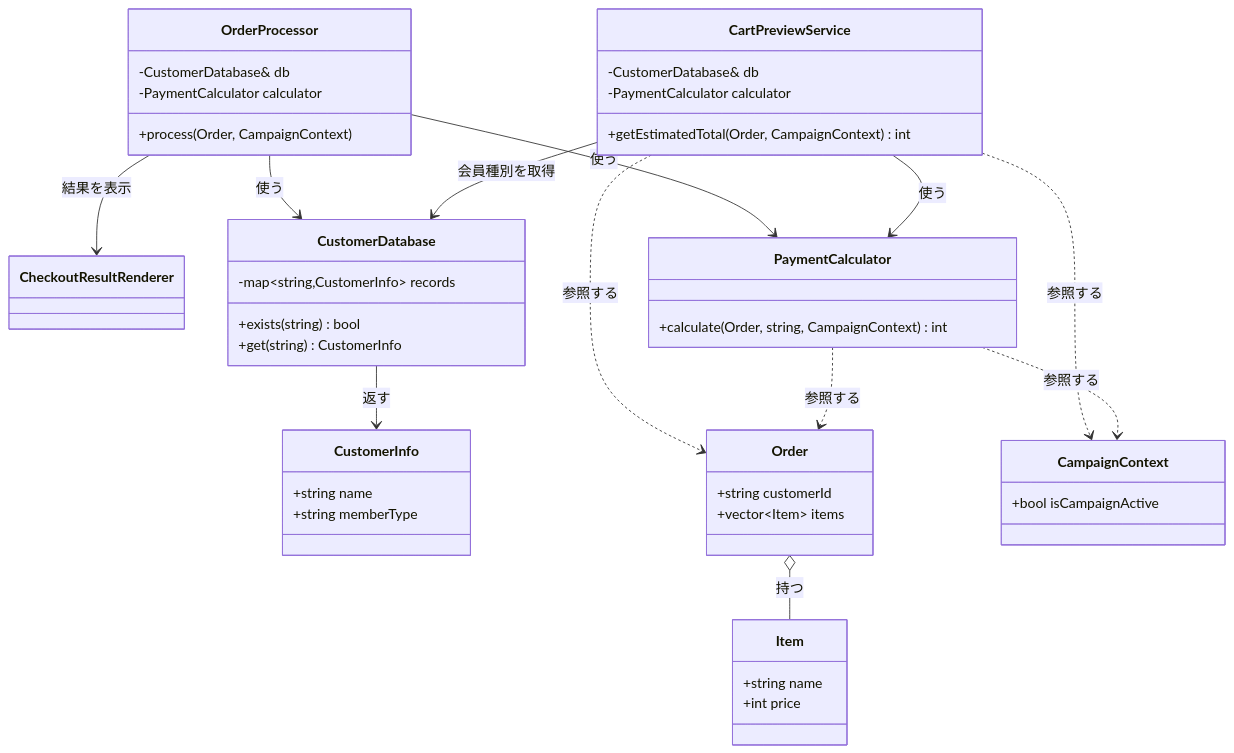
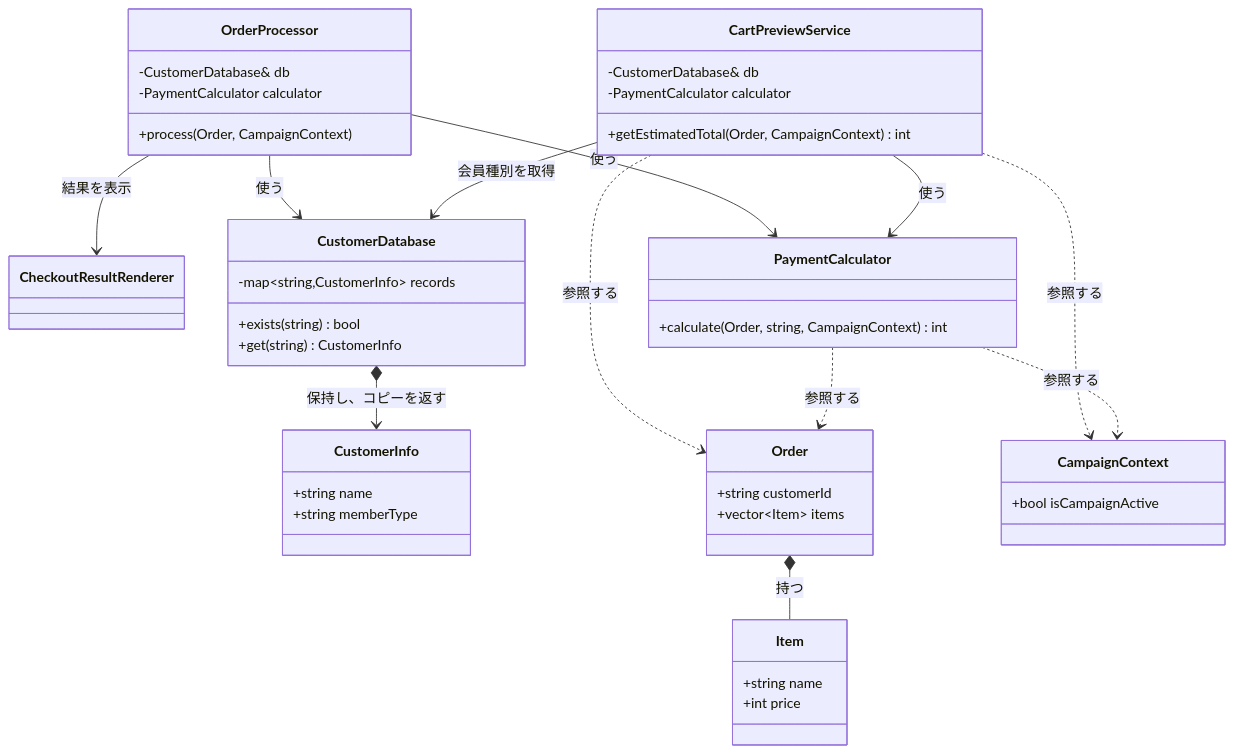
Before and after one commit to kumachan1101-pixel/DesignPattern: the third of 11 diagrams in kindle/design-patterns/books/volume01-core-patterns/output/chapter01.md, drawn with Mermaid. The commit also changed other lines of this file and 8 other files, not shown here.

````diff
--- a/kindle/design-patterns/books/volume01-core-patterns/output/chapter01.md
+++ b/kindle/design-patterns/books/volume01-core-patterns/output/chapter01.md
@@ -275,49 +275,49 @@
 ```mermaid
 classDiagram
     class CheckoutResultRenderer
     class CustomerDatabase {
         -map~string,CustomerInfo~ records
         +exists(string) bool
         +get(string) CustomerInfo
     }
     class CustomerInfo {
         +string name
         +string memberType
     }
     class OrderProcessor {
         -CustomerDatabase& db
         -PaymentCalculator calculator
         +process(Order, CampaignContext)
     }
     class PaymentCalculator {
         +calculate(Order, string, CampaignContext) int
     }
     class CartPreviewService {
         -CustomerDatabase& db
         -PaymentCalculator calculator
         +getEstimatedTotal(Order, CampaignContext) int
     }
     class Order {
         +string customerId
         +vector~Item~ items
     }
     class Item {
         +string name
         +int price
     }
     class CampaignContext {
         +bool isCampaignActive
     }
 
     OrderProcessor --> CustomerDatabase : 使う
     OrderProcessor --> PaymentCalculator : 使う
     OrderProcessor --> CheckoutResultRenderer : 結果を表示
-    CustomerDatabase --> CustomerInfo : 返す
+    CustomerDatabase *--> CustomerInfo : 保持し、コピーを返す
     CartPreviewService --> CustomerDatabase : 会員種別を取得
     CartPreviewService --> PaymentCalculator : 使う
     CartPreviewService ..> Order : 参照する
     CartPreviewService ..> CampaignContext : 参照する
     PaymentCalculator ..> Order : 参照する
     PaymentCalculator ..> CampaignContext : 参照する
-    Order o-- Item : 持つ
+    Order *-- Item : 持つ
 ```
````
